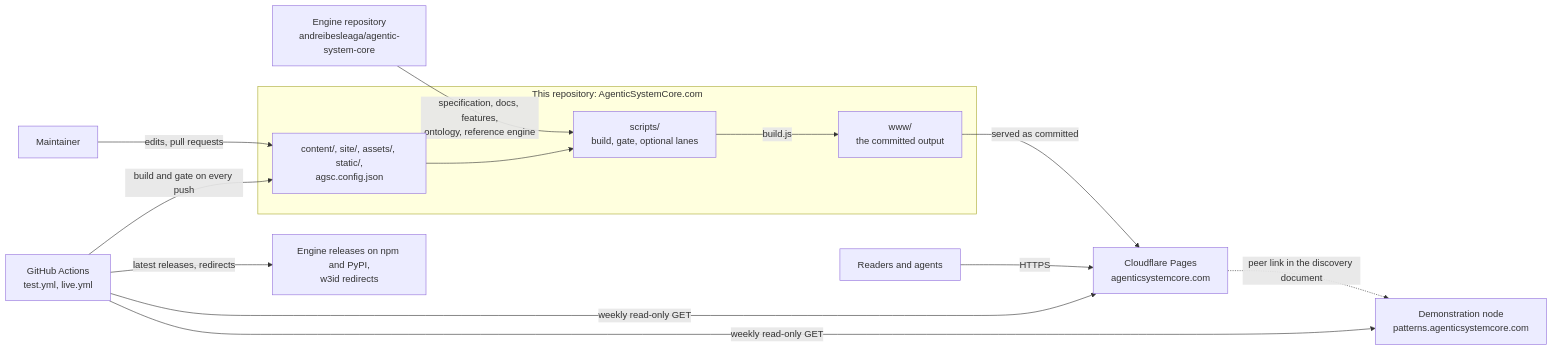
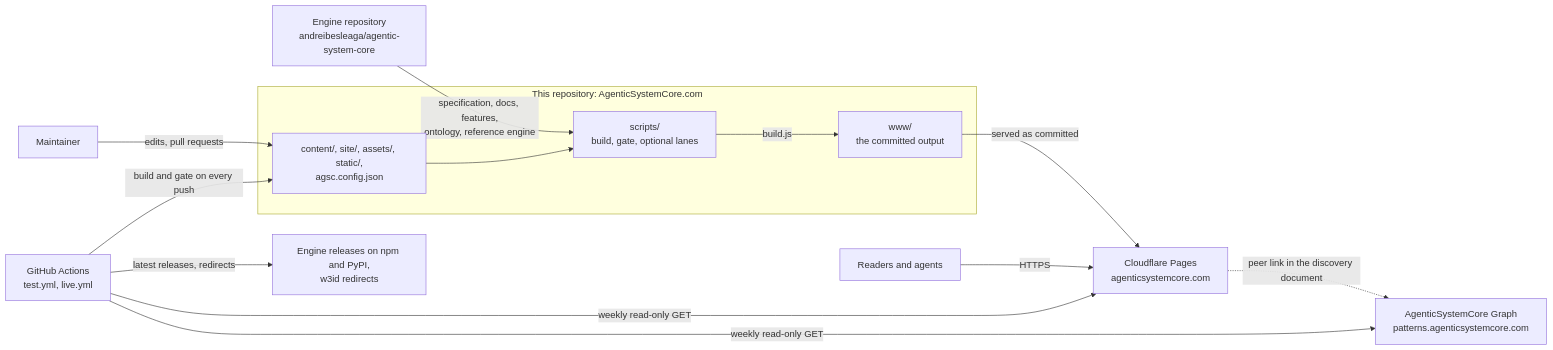
One commit to andreibesleaga/AgenticSystemCore.com changed the diagram in docs/ARCHITECTURE.md. Above: the diagram before and after it, drawn with Mermaid. The commit also changed 122 other files, not shown here.

Commit message:
Site: the second node is AgenticSystemCore Graph

````diff
--- a/docs/ARCHITECTURE.md
+++ b/docs/ARCHITECTURE.md
@@ -12,26 +12,26 @@
 ```mermaid
 flowchart LR
   R["Readers and agents"]
   M["Maintainer"]
   subgraph SYS["This repository: AgenticSystemCore.com"]
     SRC["content/, site/, assets/, static/,<br/>agsc.config.json"]
     GEN["scripts/<br/>build, gate, optional lanes"]
     OUT["www/<br/>the committed output"]
   end
   ENG["Engine repository<br/>andreibesleaga/agentic-system-core"]
   CF["Cloudflare Pages<br/>agenticsystemcore.com"]
-  PEER["Demonstration node<br/>patterns.agenticsystemcore.com"]
+  PEER["AgenticSystemCore Graph<br/>patterns.agenticsystemcore.com"]
   REL["Engine releases on npm and PyPI,<br/>w3id redirects"]
   GHA["GitHub Actions<br/>test.yml, live.yml"]
   M -->|"edits, pull requests"| SRC
   ENG -->|"specification, docs, features,<br/>ontology, reference engine"| GEN
   SRC --> GEN
   GEN -->|"build.js"| OUT
   OUT -->|"served as committed"| CF
   R -->|"HTTPS"| CF
   CF -.->|"peer link in the discovery document"| PEER
   GHA -->|"build and gate on every push"| SRC
   GHA -->|"weekly read-only GET"| CF
   GHA -->|"weekly read-only GET"| PEER
   GHA -->|"latest releases, redirects"| REL
 ```
````
